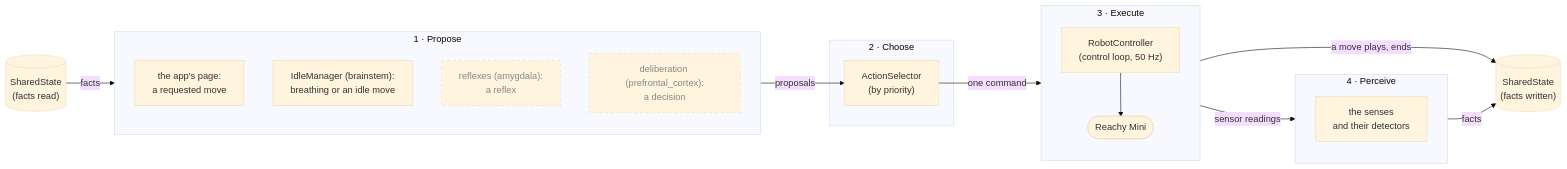
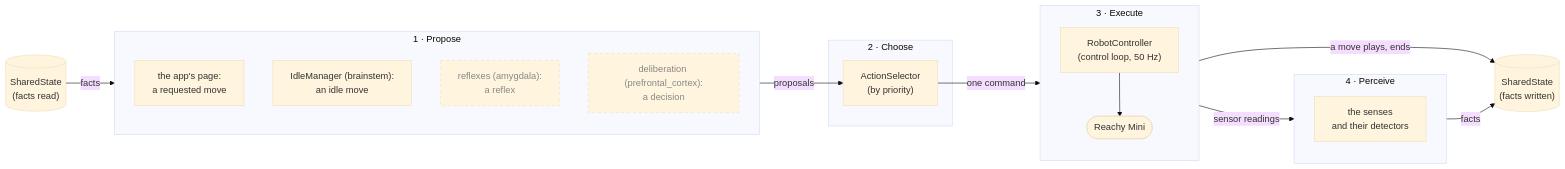
The diagram in ARCHITECTURE.md (HTurlet15/reachy_alive), drawn with Mermaid (base theme) before and after one commit. The commit also changed other lines of this file and 12 other files, not shown here.

First line of the commit message:
fix: an idle move waits for the robot to rest

````diff
--- a/ARCHITECTURE.md
+++ b/ARCHITECTURE.md
@@ -34,31 +34,31 @@
 ```mermaid
 flowchart LR
     subgraph decide["1 · Propose"]
         direction TB
         page["the app's page:<br/>a requested move"]
-        idle["IdleManager (brainstem):<br/>breathing or an idle move"]
+        idle["IdleManager (brainstem):<br/>an idle move"]
         reflexes["reflexes (amygdala):<br/>a reflex"]:::later
         cortex["deliberation (prefrontal_cortex):<br/>a decision"]:::later
     end
     subgraph choose["2 · Choose"]
         selector["ActionSelector<br/>(by priority)"]
     end
     subgraph act["3 · Execute"]
         direction TB
         controller["RobotController<br/>(control loop, 50 Hz)"] --> robot(["Reachy Mini"])
     end
     subgraph perceive["4 · Perceive"]
         senses["the senses<br/>and their detectors"]
     end
     state[("SharedState<br/>(facts written)")]
     stateRead[("SharedState<br/>(facts read)")]
 
     stateRead -->|facts| decide
     decide -->|proposals| selector
     selector -->|one command| act
     act -->|sensor readings| perceive
     act -->|a move plays, ends| state
     perceive -->|facts| state
 
     classDef later stroke-dasharray: 5 5,color:#888
 ```
````
